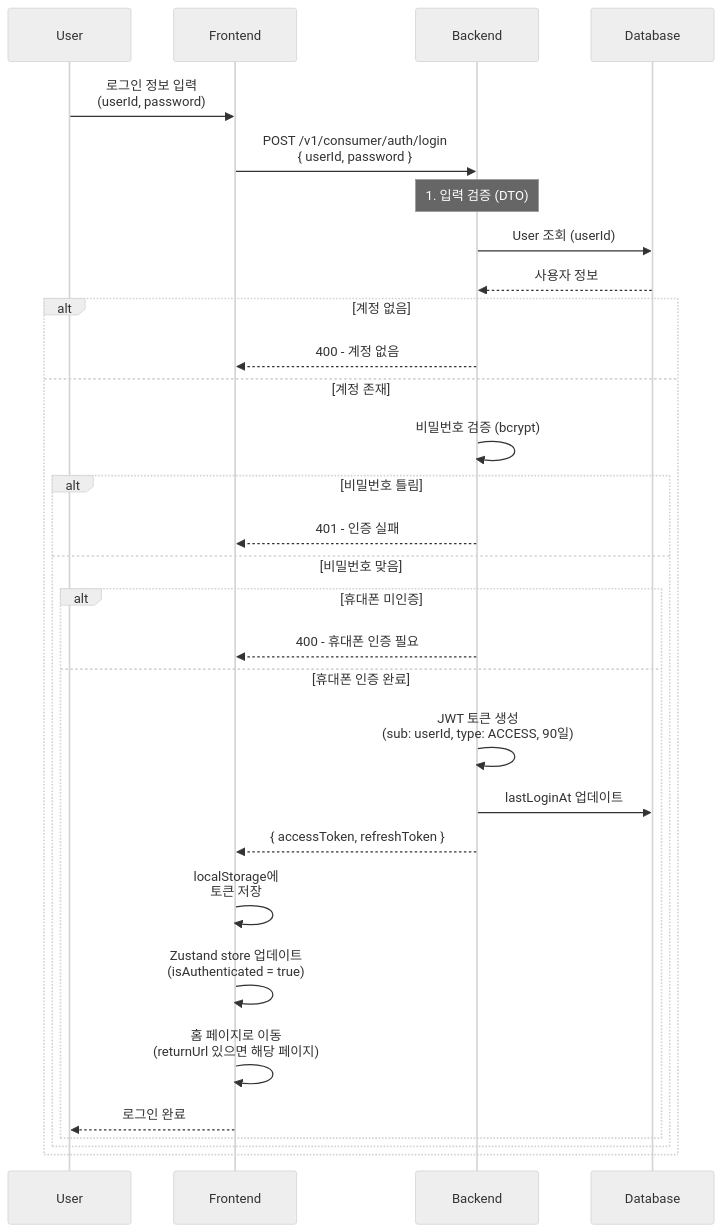
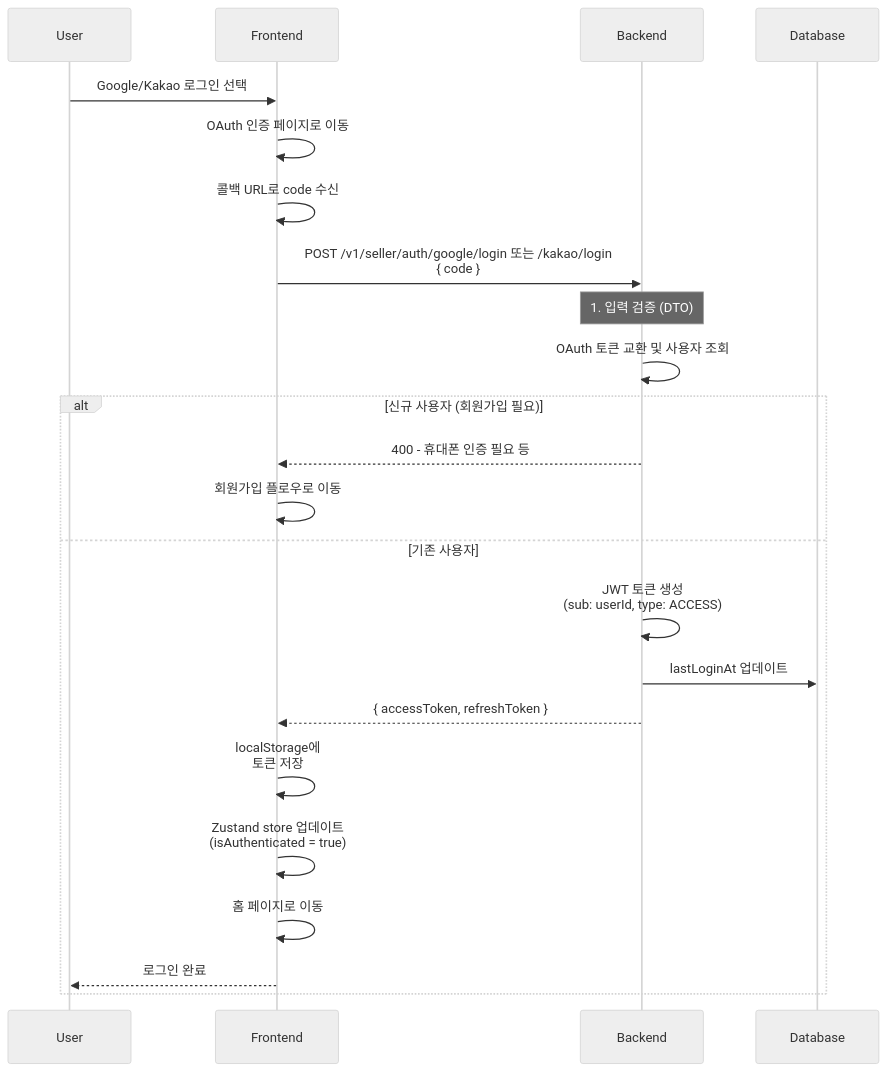
The first of 5 diagrams in docs/common/feature/판매자 인증.md (ServicePlayground/picake), drawn with Mermaid (neutral theme) before and after one commit. The commit also changed other lines of this file and 17 other files, not shown here.

````diff
--- a/docs/common/feature/판매자 인증.md
+++ b/docs/common/feature/판매자 인증.md
@@ -18,36 +18,29 @@
 ```mermaid
 sequenceDiagram
     participant U as User
     participant F as Frontend
     participant B as Backend
     participant DB as Database
 
-    U->>F: 로그인 정보 입력<br/>(userId, password)
-    F->>B: POST /v1/consumer/auth/login<br/>{ userId, password }
+    U->>F: Google/Kakao 로그인 선택
+    F->>F: OAuth 인증 페이지로 이동
+    F->>F: 콜백 URL로 code 수신
+    F->>B: POST /v1/seller/auth/google/login 또는 /kakao/login<br/>{ code }
 
     Note over B: 1. 입력 검증 (DTO)
-    B->>DB: User 조회 (userId)
-    DB-->>B: 사용자 정보
+    B->>B: OAuth 토큰 교환 및 사용자 조회
 
-    alt 계정 없음
-        B-->>F: 400 - 계정 없음
-    else 계정 존재
-        B->>B: 비밀번호 검증 (bcrypt)
-        alt 비밀번호 틀림
-            B-->>F: 401 - 인증 실패
-        else 비밀번호 맞음
-            alt 휴대폰 미인증
-                B-->>F: 400 - 휴대폰 인증 필요
-            else 휴대폰 인증 완료
-                B->>B: JWT 토큰 생성<br/>(sub: userId, type: ACCESS, 90일)
-                B->>DB: lastLoginAt 업데이트
-                B-->>F: { accessToken, refreshToken }
+    alt 신규 사용자 (회원가입 필요)
+        B-->>F: 400 - 휴대폰 인증 필요 등
+        F->>F: 회원가입 플로우로 이동
+    else 기존 사용자
+        B->>B: JWT 토큰 생성<br/>(sub: userId, type: ACCESS)
+        B->>DB: lastLoginAt 업데이트
+        B-->>F: { accessToken, refreshToken }
 
-                F->>F: localStorage에<br/>토큰 저장
-                F->>F: Zustand store 업데이트<br/>(isAuthenticated = true)
-                F->>F: 홈 페이지로 이동<br/>(returnUrl 있으면 해당 페이지)
-                F-->>U: 로그인 완료
-            end
-        end
+        F->>F: localStorage에<br/>토큰 저장
+        F->>F: Zustand store 업데이트<br/>(isAuthenticated = true)
+        F->>F: 홈 페이지로 이동
+        F-->>U: 로그인 완료
     end
 ```
````
